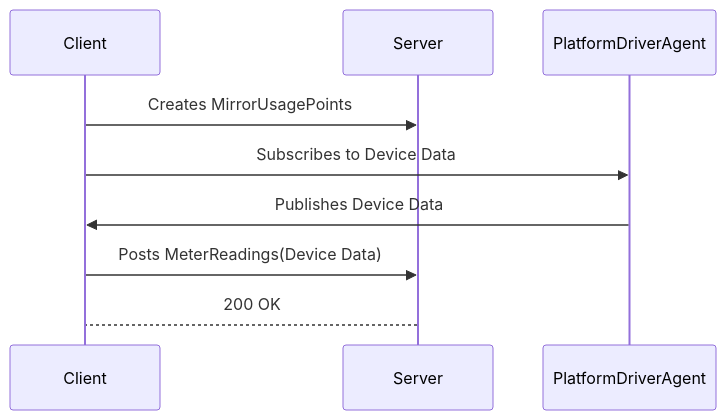
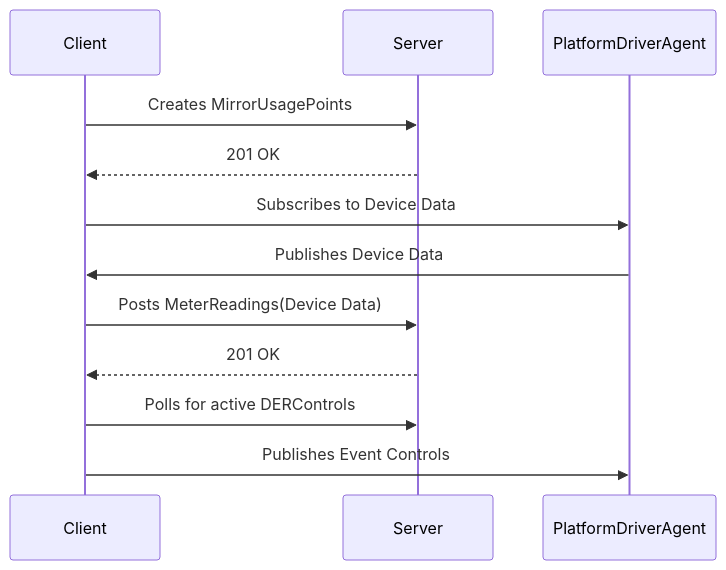
One commit to VOLTTRON/volttron changed the first of 2 diagrams in services/core/IEEE_2030_5/README.md. Above: the diagram before and after it, drawn with Mermaid. The commit also changed other lines of this file and 1 other file, not shown here.

````diff
--- a/services/core/IEEE_2030_5/README.md
+++ b/services/core/IEEE_2030_5/README.md
@@ -8,8 +8,11 @@
 ```mermaid
   sequenceDiagram
     Client->>Server: Creates MirrorUsagePoints
+    Server-->>Client: 201 OK
     Client->>PlatformDriverAgent: Subscribes to Device Data
     PlatformDriverAgent->>Client: Publishes Device Data
     Client->>Server: Posts MeterReadings(Device Data)
-    Server-->Client: 200 OK
+    Server-->>Client: 201 OK
+    Client->>Server: Polls for active DERControls
+    Client->>PlatformDriverAgent: Publishes Event Controls
 ```
````
